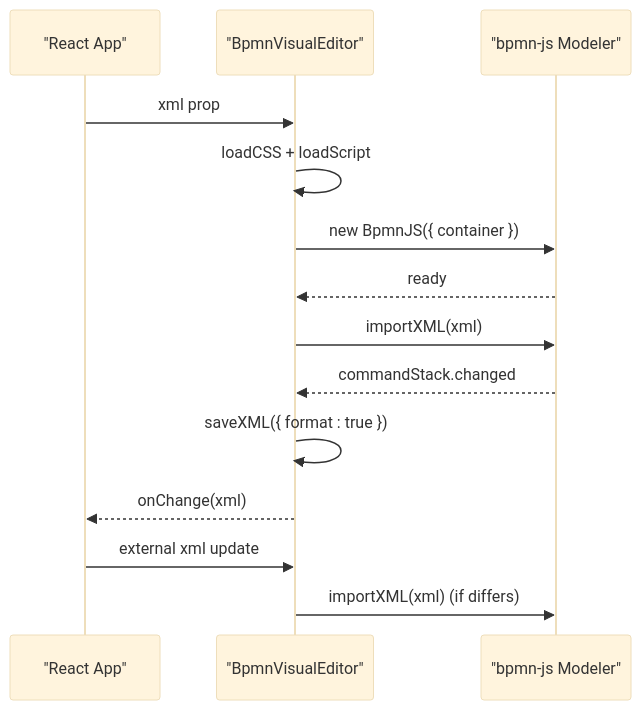
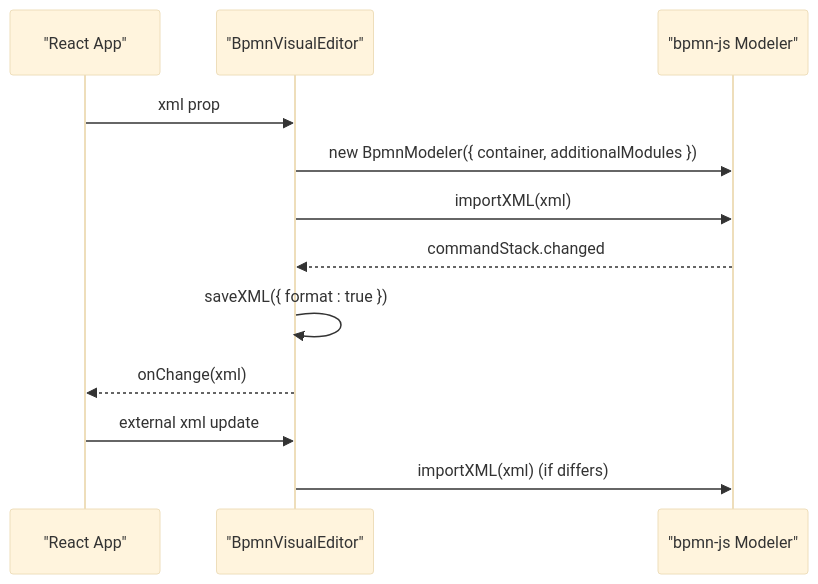
The fourth of 9 diagrams in .qoder/repowiki/en/content/Editor Architecture/Editor Architecture.md (ongchonghian/universal-diagram-editor), drawn with Mermaid (base theme) before and after one commit. The commit also changed other lines of this file and 31 other files, not shown here.

````diff
--- a/.qoder/repowiki/en/content/Editor Architecture/Editor Architecture.md
+++ b/.qoder/repowiki/en/content/Editor Architecture/Editor Architecture.md
@@ -201,16 +186,14 @@
 ```mermaid
 sequenceDiagram
 participant App as "React App"
 participant BVE as "BpmnVisualEditor"
 participant BJS as "bpmn-js Modeler"
 App->>BVE : xml prop
-BVE->>BVE : loadCSS + loadScript
-BVE->>BJS : new BpmnJS({ container })
-BJS-->>BVE : ready
+BVE->>BJS : new BpmnModeler({ container, additionalModules })
 BVE->>BJS : importXML(xml)
 BJS-->>BVE : commandStack.changed
 BVE->>BVE : saveXML({ format : true })
 BVE-->>App : onChange(xml)
 App->>BVE : external xml update
 BVE->>BJS : importXML(xml) (if differs)
 ```
````
